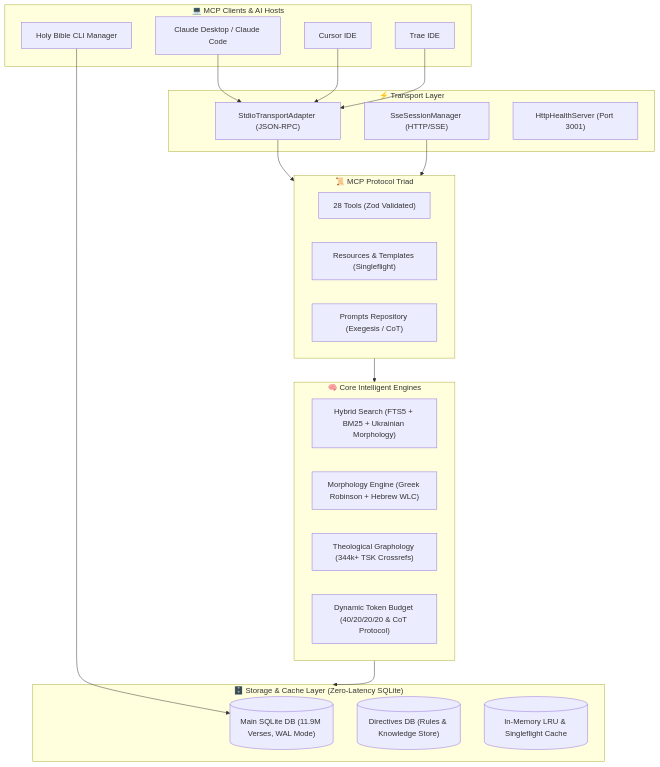
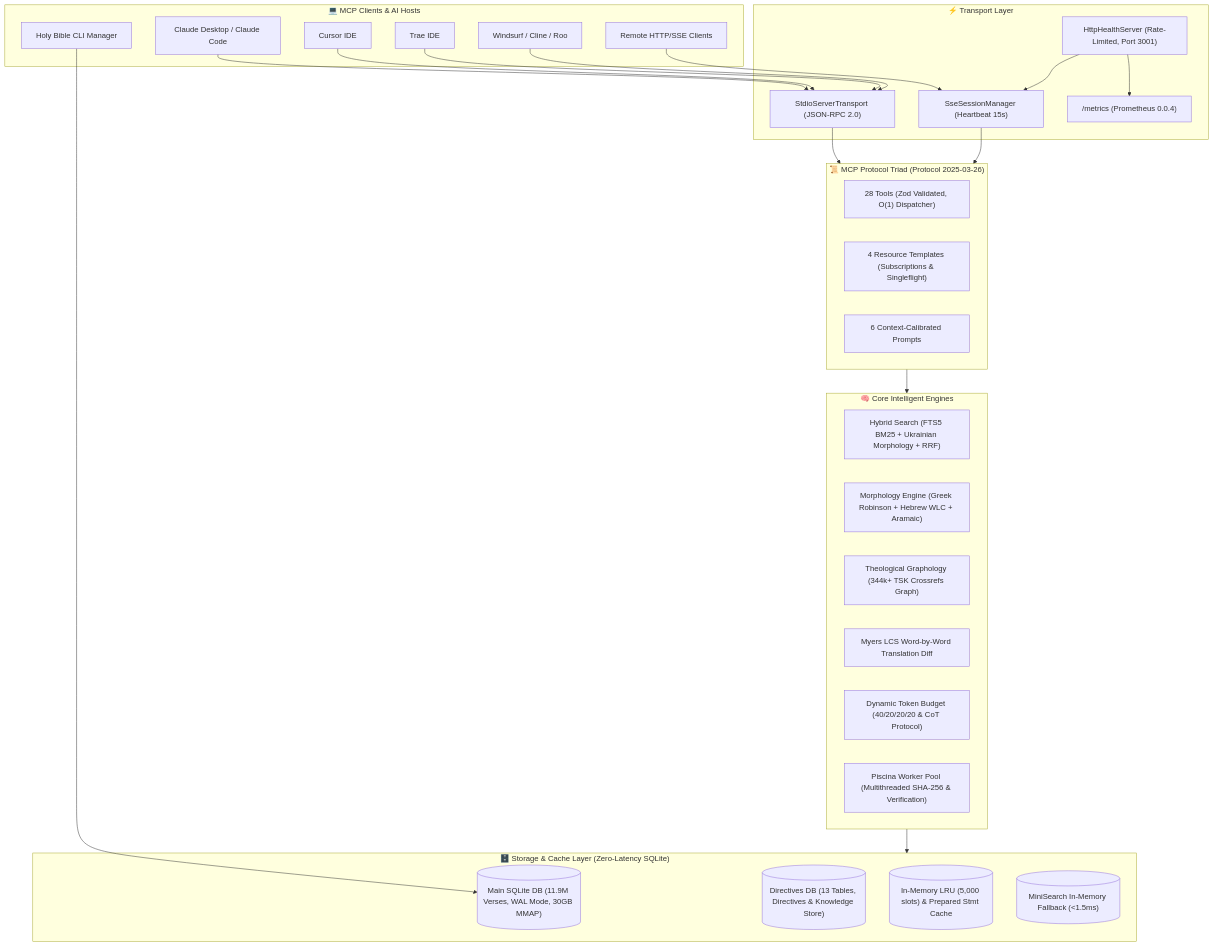
One commit to grizlizora/holy-bible-mcp changed the diagram in README.md. Above: the diagram before and after it, drawn with Mermaid. The commit also changed other lines of this file, not shown here.

Commit message:
docs: comprehensive README.md update with all 28 tools, SSE architecture, worker pools, model matrix, and testing guide

````diff
--- a/README.md
+++ b/README.md
@@ -20,45 +43,55 @@
 ```mermaid
 flowchart TD
     subgraph Clients["💻 MCP Clients & AI Hosts"]
         Claude["Claude Desktop / Claude Code"]
         Cursor["Cursor IDE"]
         Trae["Trae IDE"]
+        Windsurf["Windsurf / Cline / Roo"]
+        RemoteClient["Remote HTTP/SSE Clients"]
         CLI["Holy Bible CLI Manager"]
     end
 
     subgraph Transport["⚡ Transport Layer"]
-        Stdio["StdioTransportAdapter (JSON-RPC)"]
-        SSE["SseSessionManager (HTTP/SSE)"]
-        Health["HttpHealthServer (Port 3001)"]
+        Stdio["StdioServerTransport (JSON-RPC 2.0)"]
+        SSE["SseSessionManager (Heartbeat 15s)"]
+        Health["HttpHealthServer (Rate-Limited, Port 3001)"]
+        Prometheus["/metrics (Prometheus 0.0.4)"]
     end
 
-    subgraph ProtocolTriad["📜 MCP Protocol Triad"]
-        Tools["28 Tools (Zod Validated)"]
-        Resources["Resources & Templates (Singleflight)"]
-        Prompts["Prompts Repository (Exegesis / CoT)"]
+    subgraph ProtocolTriad["📜 MCP Protocol Triad (Protocol 2025-03-26)"]
+        Tools["28 Tools (Zod Validated, O(1) Dispatcher)"]
+        Resources["4 Resource Templates (Subscriptions & Singleflight)"]
+        Prompts["6 Context-Calibrated Prompts"]
     end
 
     subgraph CoreEngines["🧠 Core Intelligent Engines"]
-        Search["Hybrid Search (FTS5 + BM25 + Ukrainian Morphology)"]
-        Morph["Morphology Engine (Greek Robinson + Hebrew WLC)"]
-        Graph["Theological Graphology (344k+ TSK Crossrefs)"]
+        Search["Hybrid Search (FTS5 BM25 + Ukrainian Morphology + RRF)"]
+        Morph["Morphology Engine (Greek Robinson + Hebrew WLC + Aramaic)"]
+        Graph["Theological Graphology (344k+ TSK Crossrefs Graph)"]
+        DiffEngine["Myers LCS Word-by-Word Translation Diff"]
         Budget["Dynamic Token Budget (40/20/20/20 & CoT Protocol)"]
+        Workers["Piscina Worker Pool (Multithreaded SHA-256 & Verification)"]
     end
 
     subgraph DataLayer["🗄️ Storage & Cache Layer (Zero-Latency SQLite)"]
-        MainDB[("Main SQLite DB (11.9M Verses, WAL Mode)")]
-        DirectivesDB[("Directives DB (Rules & Knowledge Store)")]
-        LRUCache[("In-Memory LRU & Singleflight Cache")]
+        MainDB[("Main SQLite DB (11.9M Verses, WAL Mode, 30GB MMAP)")]
+        DirectivesDB[("Directives DB (13 Tables, Directives & Knowledge Store)")]
+        LRUCache[("In-Memory LRU (5,000 slots) & Prepared Stmt Cache")]
+        MiniSearchFallback[("MiniSearch In-Memory Fallback (<1.5ms)")]
     end
 
     Claude --> Stdio
     Cursor --> Stdio
     Trae --> Stdio
+    Windsurf --> Stdio
+    RemoteClient --> SSE
     CLI --> MainDB
 
     Stdio --> ProtocolTriad
     SSE --> ProtocolTriad
+    Health --> SSE
+    Health --> Prometheus
 
     ProtocolTriad --> CoreEngines
     CoreEngines --> DataLayer
 ```
````
